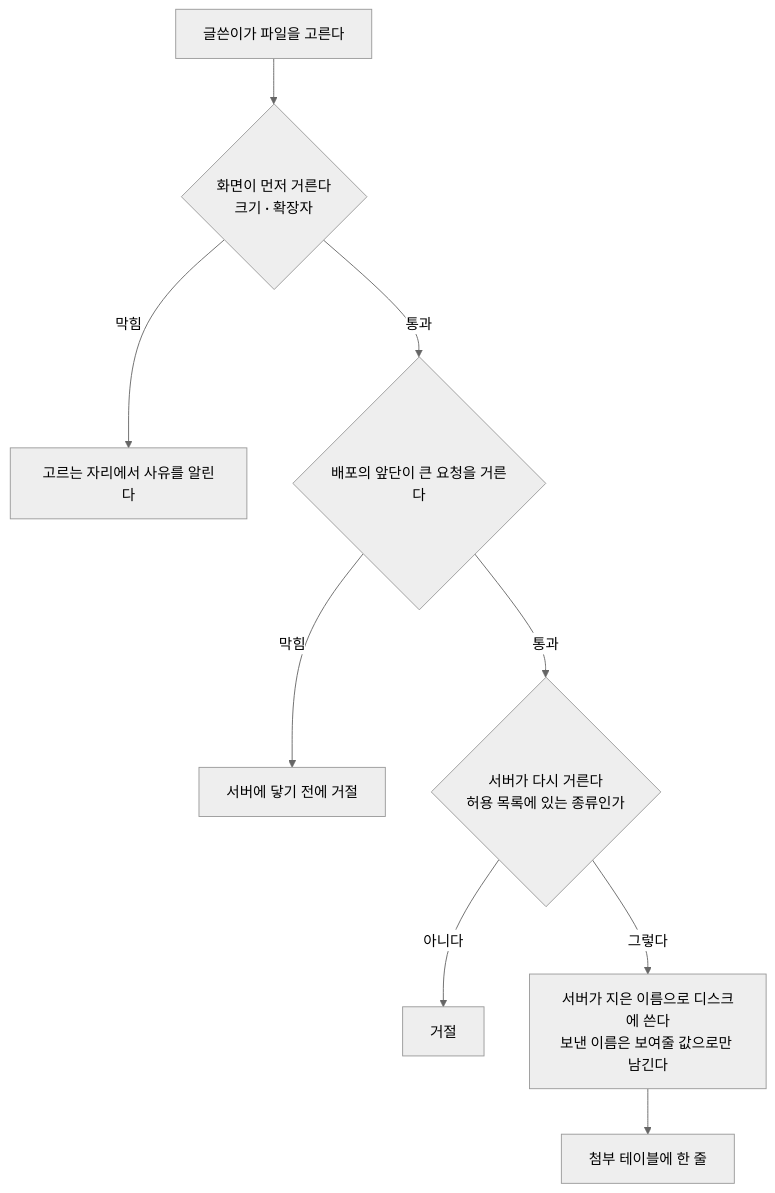
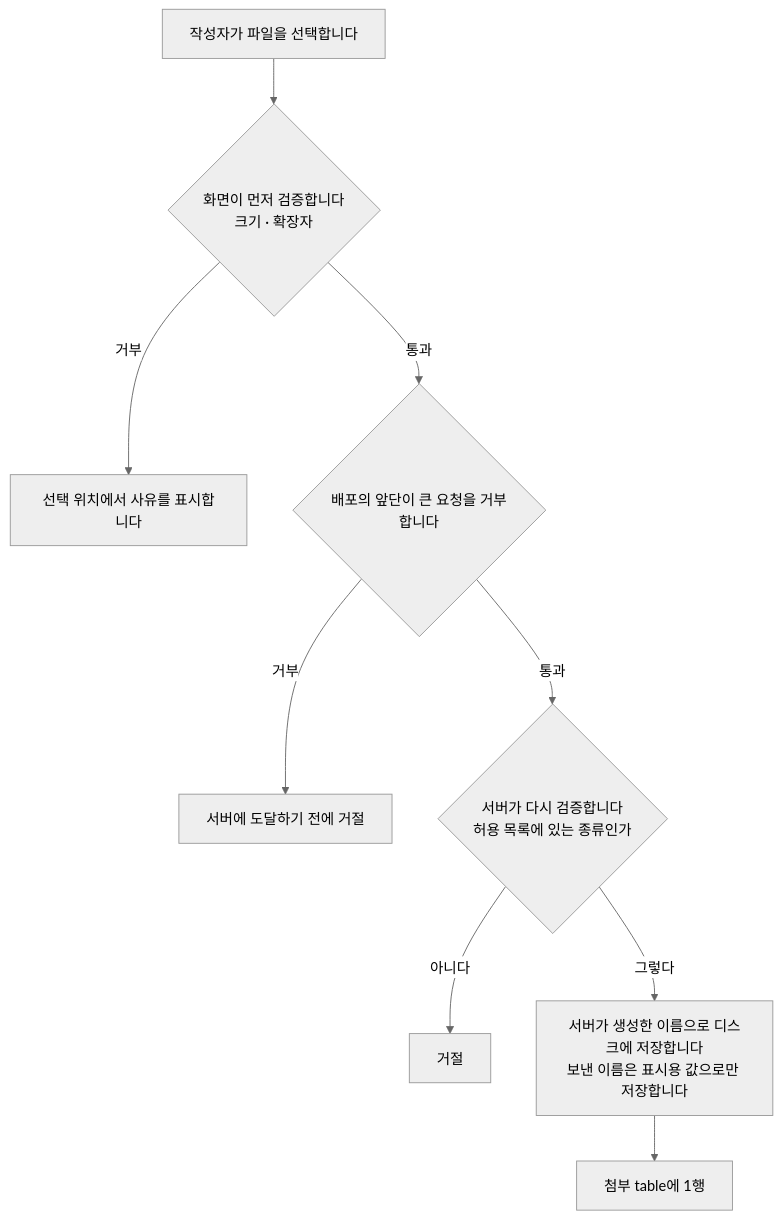
Before and after one commit to minkong-dev/Banblit: the second of 2 diagrams in .cluedoc/boards/README.md, drawn with Mermaid (neutral theme). The commit also changed other lines of this file and 188 other files, not shown here.

````diff
--- a/.cluedoc/boards/README.md
+++ b/.cluedoc/boards/README.md
@@ -96,11 +96,11 @@
 ```mermaid
 flowchart TD
-    A[글쓴이가 파일을 고른다] --> B{화면이 먼저 거른다<br/>크기 · 확장자}
-    B -->|막힘| X1[고르는 자리에서 사유를 알린다]
-    B -->|통과| C{배포의 앞단이 큰 요청을 거른다}
-    C -->|막힘| X2[서버에 닿기 전에 거절]
-    C -->|통과| D{서버가 다시 거른다<br/>허용 목록에 있는 종류인가}
+    A[작성자가 파일을 선택합니다] --> B{화면이 먼저 검증합니다<br/>크기 · 확장자}
+    B -->|거부| X1[선택 위치에서 사유를 표시합니다]
+    B -->|통과| C{배포의 앞단이 큰 요청을 거부합니다}
+    C -->|거부| X2[서버에 도달하기 전에 거절]
+    C -->|통과| D{서버가 다시 검증합니다<br/>허용 목록에 있는 종류인가}
     D -->|아니다| X3[거절]
-    D -->|그렇다| E[서버가 지은 이름으로 디스크에 쓴다<br/>보낸 이름은 보여줄 값으로만 남긴다]
-    E --> F[첨부 테이블에 한 줄]
+    D -->|그렇다| E[서버가 생성한 이름으로 디스크에 저장합니다<br/>보낸 이름은 표시용 값으로만 저장합니다]
+    E --> F[첨부 table에 1행]
 ```
````
